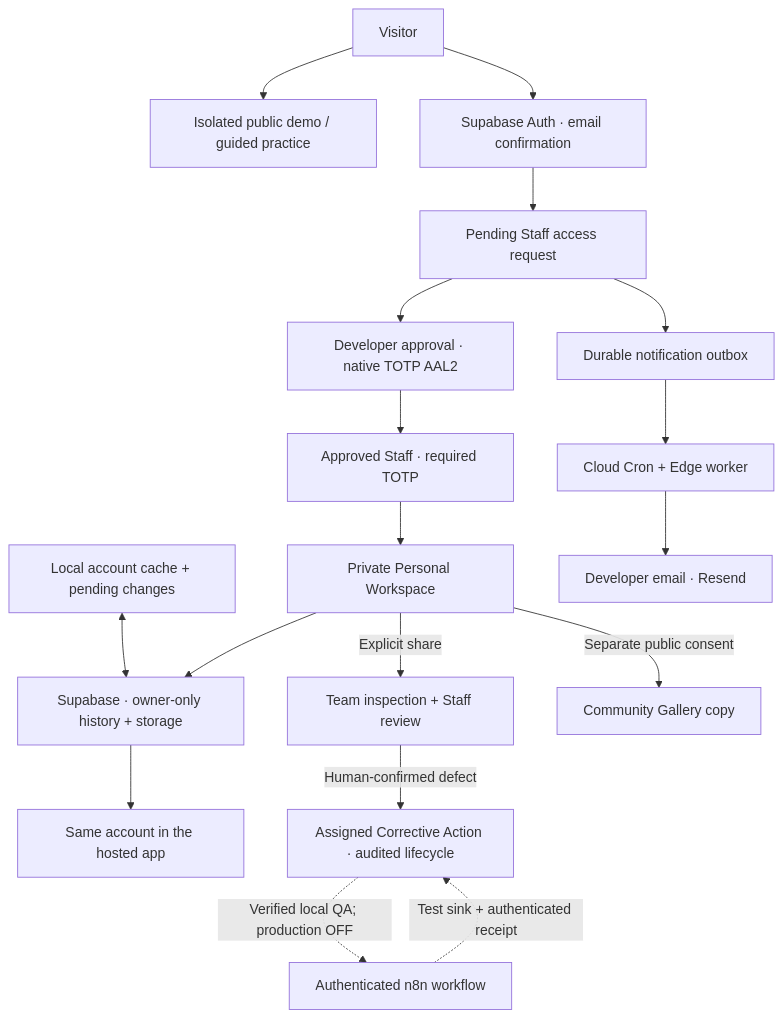
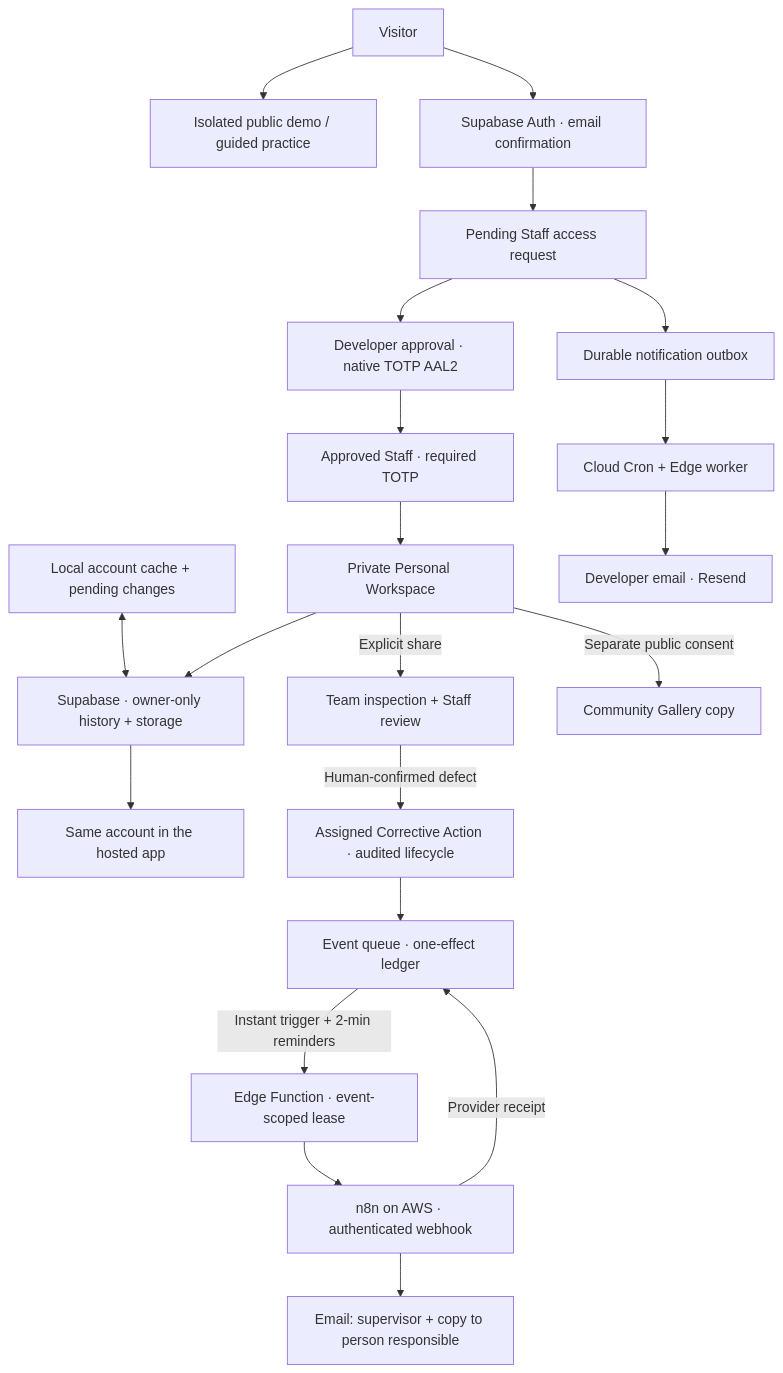
Before and after one commit to WAYTECHG/DefectRAG: the second of 2 diagrams in README.md, drawn with Mermaid. The commit also changed other lines of this file and 8 other files, not shown here.

````diff
--- a/README.md
+++ b/README.md
@@ -131,20 +134,23 @@
 ```mermaid
 flowchart TD
     Visitor["Visitor"] --> Demo["Isolated public demo / guided practice"]
     Visitor --> Auth["Supabase Auth · email confirmation"]
     Auth --> Pending["Pending Staff access request"]
     Pending --> Approval["Developer approval · native TOTP AAL2"]
     Approval --> Staff["Approved Staff · required TOTP"]
     Staff --> Personal["Private Personal Workspace"]
     Local["Local account cache + pending changes"] <--> Cloud["Supabase · owner-only history + storage"]
     Personal --> Cloud
     Cloud --> Hosted["Same account in the hosted app"]
     Personal -->|Explicit share| Team["Team inspection + Staff review"]
     Team -->|Human-confirmed defect| Case["Assigned Corrective Action · audited lifecycle"]
     Personal -->|Separate public consent| Gallery["Community Gallery copy"]
     Pending --> Outbox["Durable notification outbox"]
     Outbox --> Worker["Cloud Cron + Edge worker"]
     Worker --> Resend["Developer email · Resend"]
-    Case -. "Verified local QA; production OFF" .-> N8N["Authenticated n8n workflow"]
-    N8N -. "Test sink + authenticated receipt" .-> Case
+    Case --> Queue["Event queue · one-effect ledger"]
+    Queue -->|"Instant trigger + 2-min reminders"| Edge["Edge Function · event-scoped lease"]
+    Edge --> N8N["n8n on AWS · authenticated webhook"]
+    N8N --> Mail["Email: supervisor + copy to person responsible"]
+    N8N -->|"Provider receipt"| Queue
 ```
````
